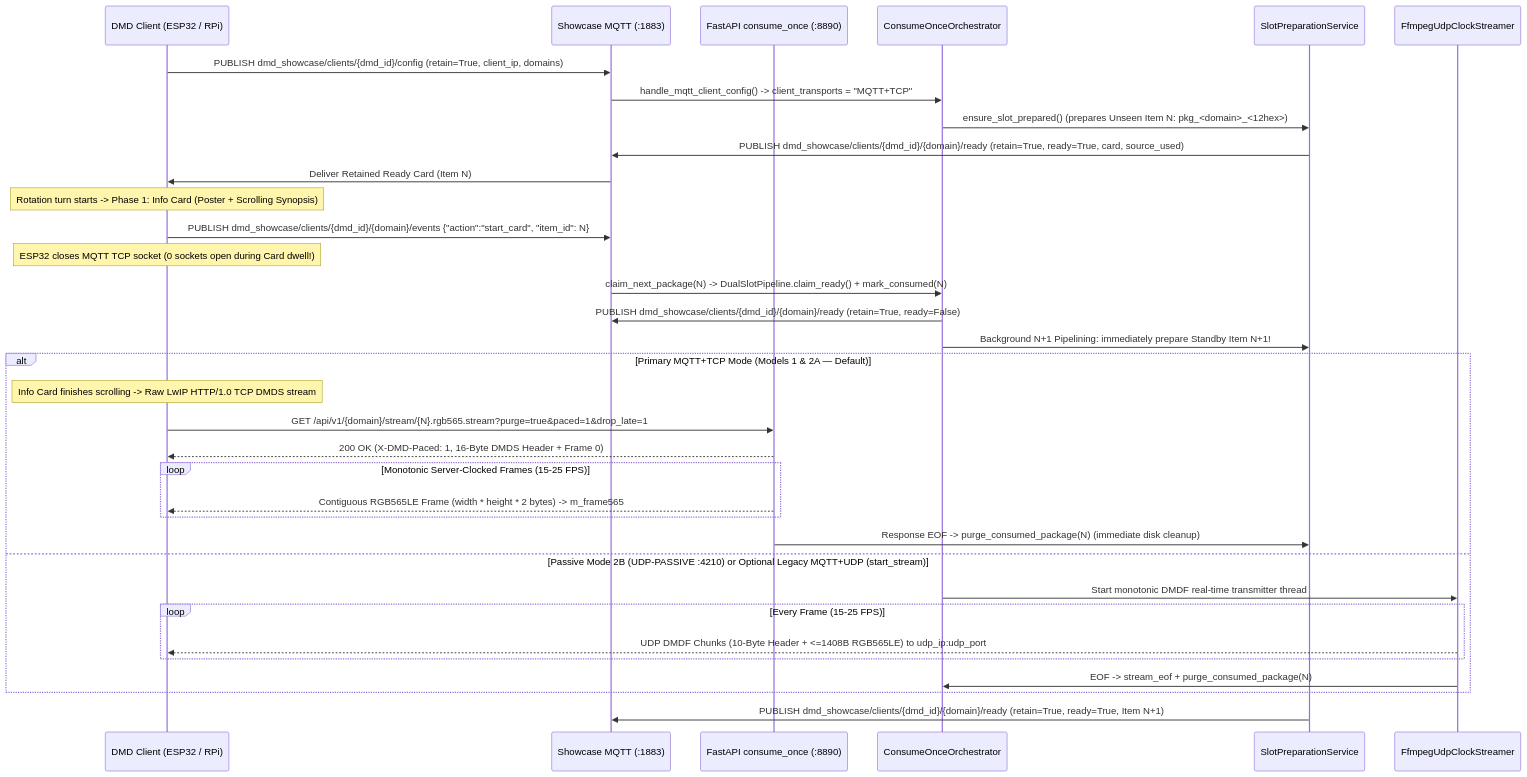
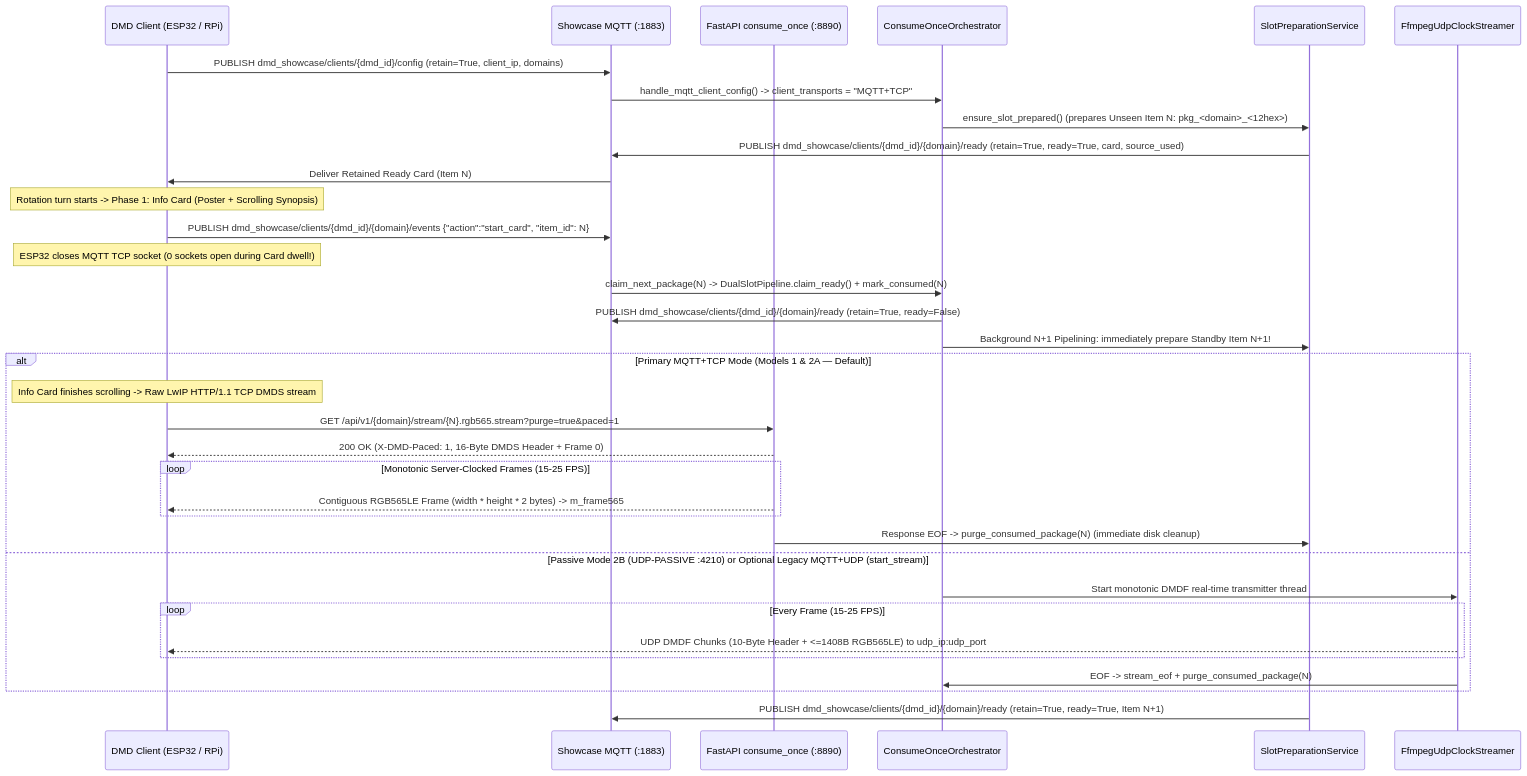
The second of 2 diagrams in docs/ARCHITECTURE.md (red77290/dmd_media_showcase), drawn with Mermaid before and after one commit. The commit also changed other lines of this file and 15 other files, not shown here.

Commit message:
docs(esp32): align raw LwIP DMDS TCP examples with unchunked Content-Length (?purge=true&paced=1)

````diff
--- a/docs/ARCHITECTURE.md
+++ b/docs/ARCHITECTURE.md
@@ -145,39 +145,39 @@
 ```mermaid
 sequenceDiagram
     participant DMD as DMD Client (ESP32 / RPi)
     participant MQTT as Showcase MQTT (:1883)
     participant HTTP as FastAPI consume_once (:8890)
     participant ORCH as ConsumeOnceOrchestrator
     participant PREP as SlotPreparationService
     participant FFMPEG as FfmpegUdpClockStreamer
 
     DMD->>MQTT: PUBLISH dmd_showcase/clients/{dmd_id}/config (retain=True, client_ip, domains)
     MQTT->>ORCH: handle_mqtt_client_config() -> client_transports = "MQTT+TCP"
     ORCH->>PREP: ensure_slot_prepared() (prepares Unseen Item N: pkg_<domain>_<12hex>)
     PREP->>MQTT: PUBLISH dmd_showcase/clients/{dmd_id}/{domain}/ready (retain=True, ready=True, card, source_used)
     MQTT->>DMD: Deliver Retained Ready Card (Item N)
 
     Note over DMD: Rotation turn starts -> Phase 1: Info Card (Poster + Scrolling Synopsis)
     DMD->>MQTT: PUBLISH dmd_showcase/clients/{dmd_id}/{domain}/events {"action":"start_card", "item_id": N}
     Note over DMD: ESP32 closes MQTT TCP socket (0 sockets open during Card dwell!)
     MQTT->>ORCH: claim_next_package(N) -> DualSlotPipeline.claim_ready() + mark_consumed(N)
     ORCH->>MQTT: PUBLISH dmd_showcase/clients/{dmd_id}/{domain}/ready (retain=True, ready=False)
     ORCH->>PREP: Background N+1 Pipelining: immediately prepare Standby Item N+1!
 
     alt Primary MQTT+TCP Mode (Models 1 & 2A — Default)
-        Note over DMD: Info Card finishes scrolling -> Raw LwIP HTTP/1.0 TCP DMDS stream
-        DMD->>HTTP: GET /api/v1/{domain}/stream/{N}.rgb565.stream?purge=true&paced=1&drop_late=1
+        Note over DMD: Info Card finishes scrolling -> Raw LwIP HTTP/1.1 TCP DMDS stream
+        DMD->>HTTP: GET /api/v1/{domain}/stream/{N}.rgb565.stream?purge=true&paced=1
         HTTP-->>DMD: 200 OK (X-DMD-Paced: 1, 16-Byte DMDS Header + Frame 0)
         loop Monotonic Server-Clocked Frames (15-25 FPS)
             HTTP-->>DMD: Contiguous RGB565LE Frame (width * height * 2 bytes) -> m_frame565
         end
         HTTP->>PREP: Response EOF -> purge_consumed_package(N) (immediate disk cleanup)
     else Passive Mode 2B (UDP-PASSIVE :4210) or Optional Legacy MQTT+UDP (start_stream)
         ORCH->>FFMPEG: Start monotonic DMDF real-time transmitter thread
         loop Every Frame (15-25 FPS)
             FFMPEG-->>DMD: UDP DMDF Chunks (10-Byte Header + <=1408B RGB565LE) to udp_ip:udp_port
         end
         FFMPEG->>ORCH: EOF -> stream_eof + purge_consumed_package(N)
     end
     PREP->>MQTT: PUBLISH dmd_showcase/clients/{dmd_id}/{domain}/ready (retain=True, ready=True, Item N+1)
 ```
````
